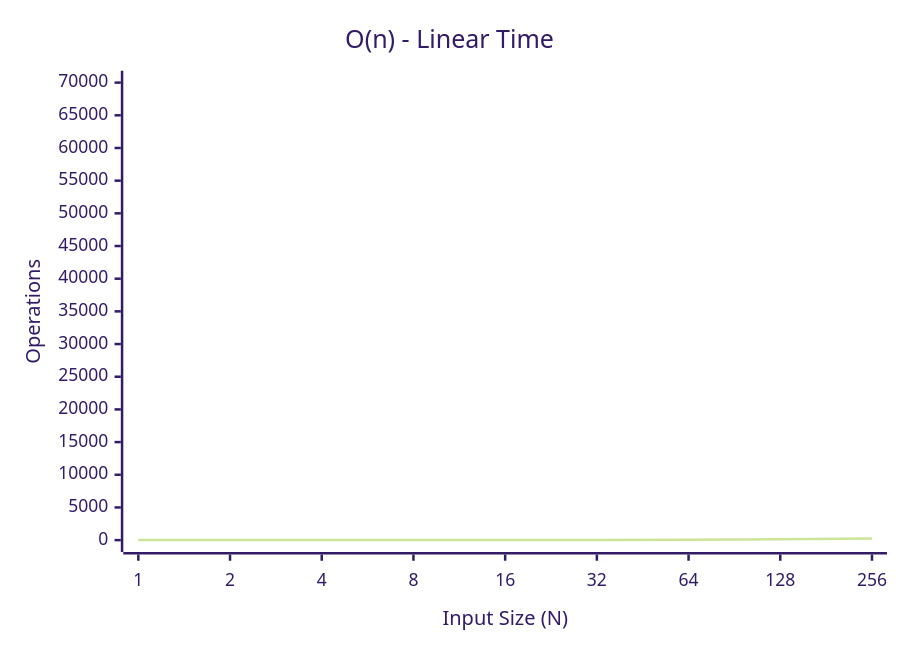
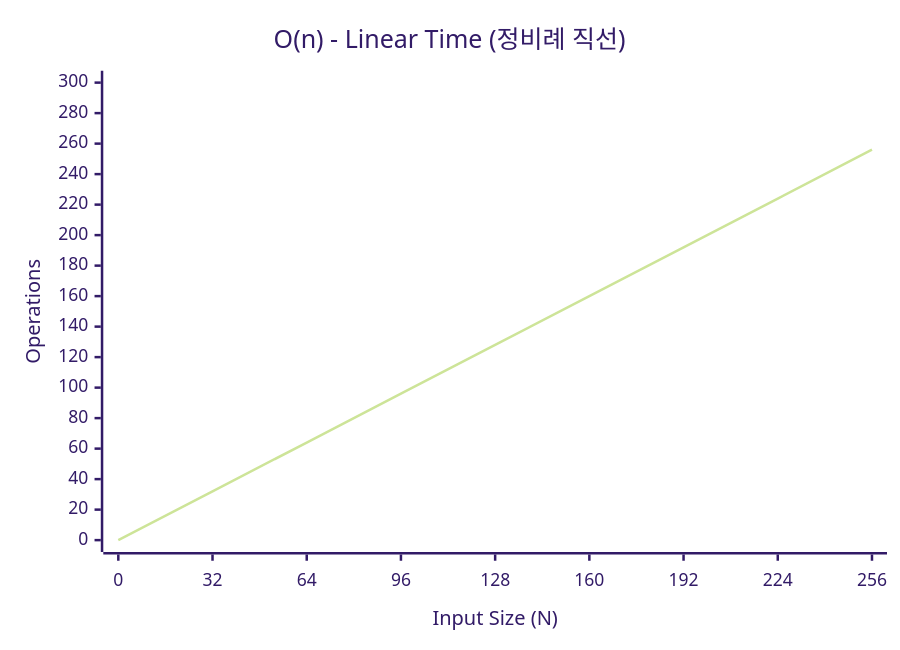
One commit to youngmin-gwon/what-i-studied changed the third of 6 diagrams in 01_inbox/algorithm/algo-complexity-and-big-o.md. Above: the diagram before and after it, drawn with Mermaid (forest theme). The commit also changed other lines of this file, not shown here.

````diff
--- a/01_inbox/algorithm/algo-complexity-and-big-o.md
+++ b/01_inbox/algorithm/algo-complexity-and-big-o.md
@@ -80,7 +80,7 @@
 ```mermaid
 xychart-beta
-    title "O(n) - Linear Time"
-    x-axis "Input Size (N)" [1, 2, 4, 8, 16, 32, 64, 128, 256]
-    y-axis "Operations" 0 --> 70000
-    line "O(n)" [1, 2, 4, 8, 16, 32, 64, 128, 256]
+    title "O(n) - Linear Time (정비례 직선)"
+    x-axis "Input Size (N)" [0, 32, 64, 96, 128, 160, 192, 224, 256]
+    y-axis "Operations" 0 --> 300
+    line "O(n)" [0, 32, 64, 96, 128, 160, 192, 224, 256]
 ```
````
